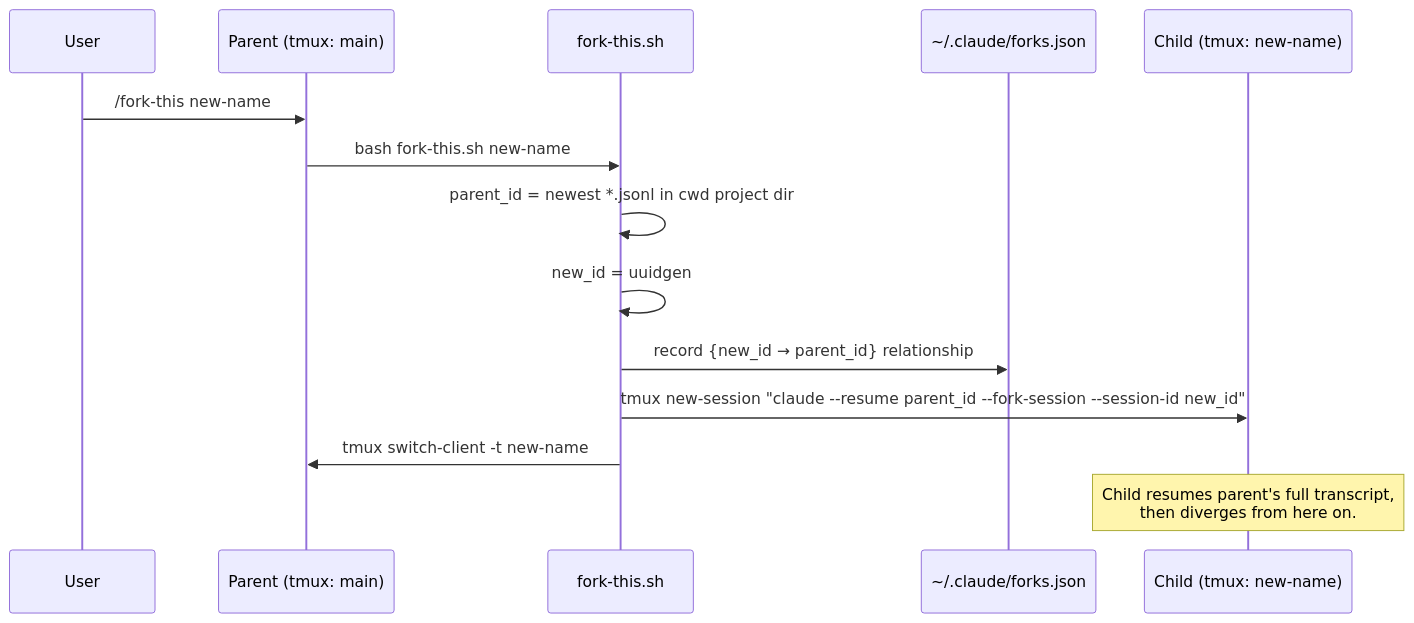
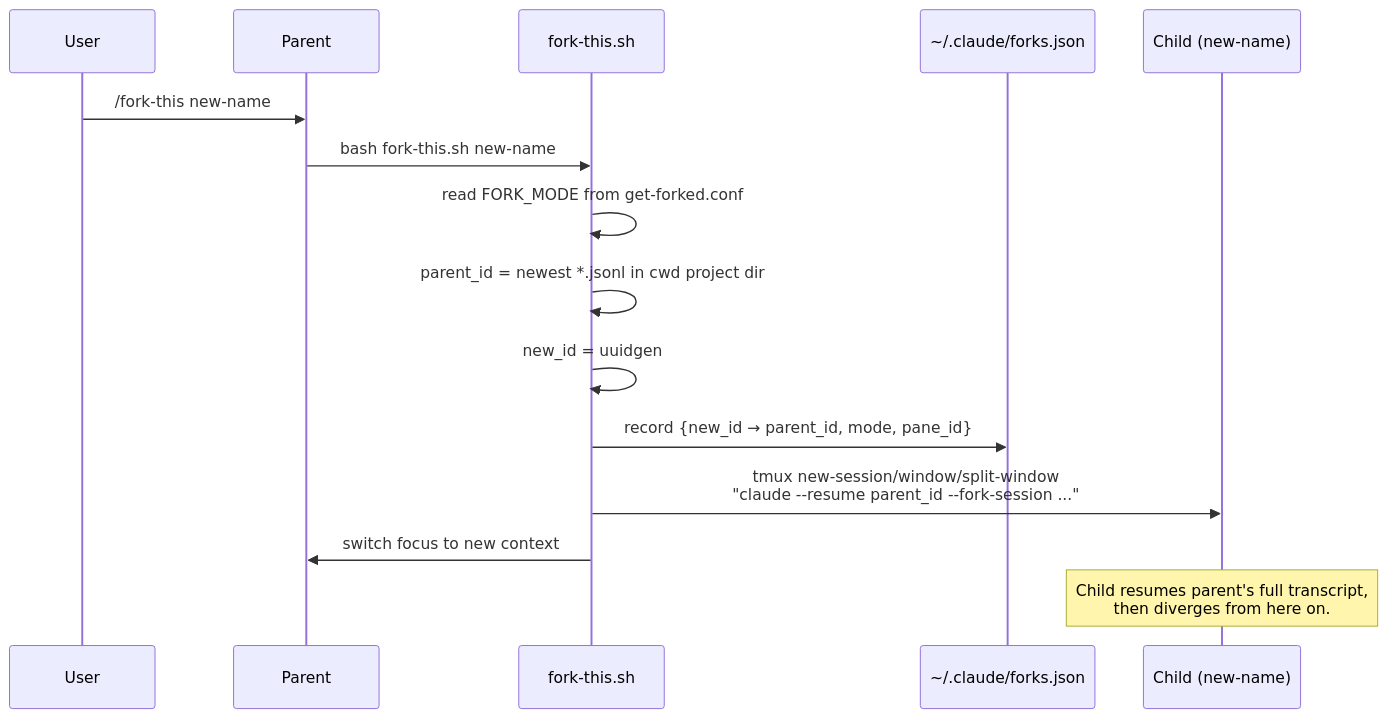
The second of 3 diagrams in README.md (lavabyrd/get-forked), drawn with Mermaid before and after one commit. The commit also changed other lines of this file and 8 other files, not shown here.

Commit message:
Add configurable fork mode (session, window, pane)

````diff
--- a/README.md
+++ b/README.md
@@ -110,17 +151,18 @@
 ```mermaid
 sequenceDiagram
     participant User
-    participant Parent as Parent (tmux: main)
+    participant Parent as Parent
     participant Script as fork-this.sh
     participant State as ~/.claude/forks.json
-    participant Child as Child (tmux: new-name)
+    participant Child as Child (new-name)
 
     User->>Parent: /fork-this new-name
     Parent->>Script: bash fork-this.sh new-name
+    Script->>Script: read FORK_MODE from get-forked.conf
     Script->>Script: parent_id = newest *.jsonl in cwd project dir
     Script->>Script: new_id = uuidgen
-    Script->>State: record {new_id → parent_id} relationship
-    Script->>Child: tmux new-session "claude --resume parent_id --fork-session --session-id new_id"
-    Script->>Parent: tmux switch-client -t new-name
+    Script->>State: record {new_id → parent_id, mode, pane_id}
+    Script->>Child: tmux new-session/window/split-window<br/>"claude --resume parent_id --fork-session ..."
+    Script->>Parent: switch focus to new context
     Note over Child: Child resumes parent's full transcript,<br/>then diverges from here on.
 ```
````
